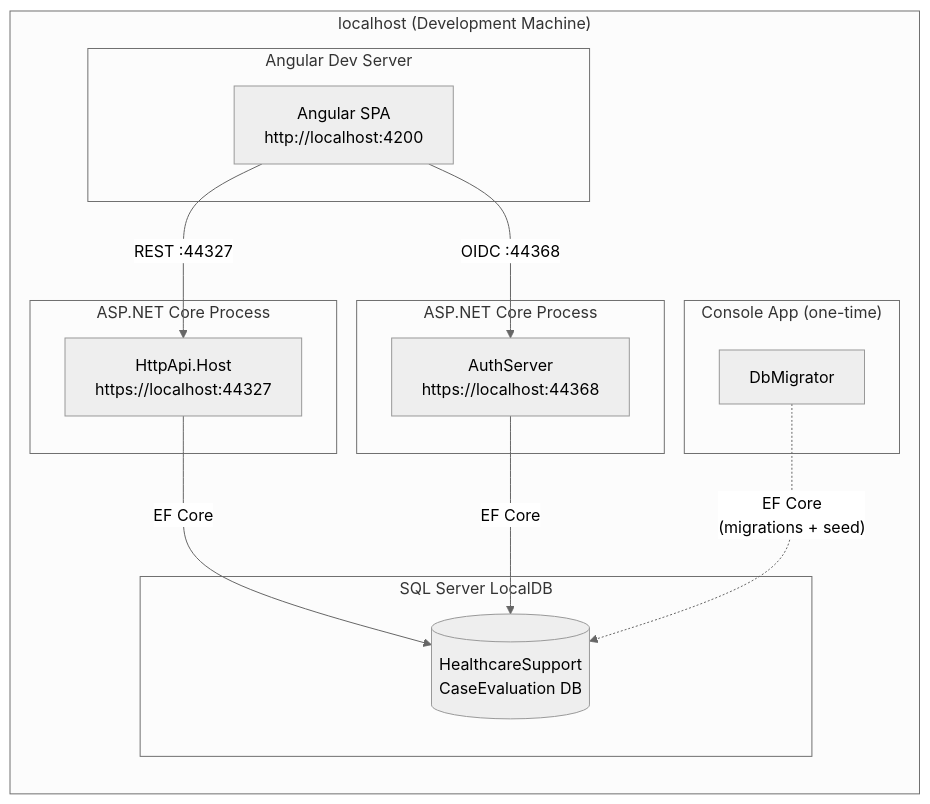
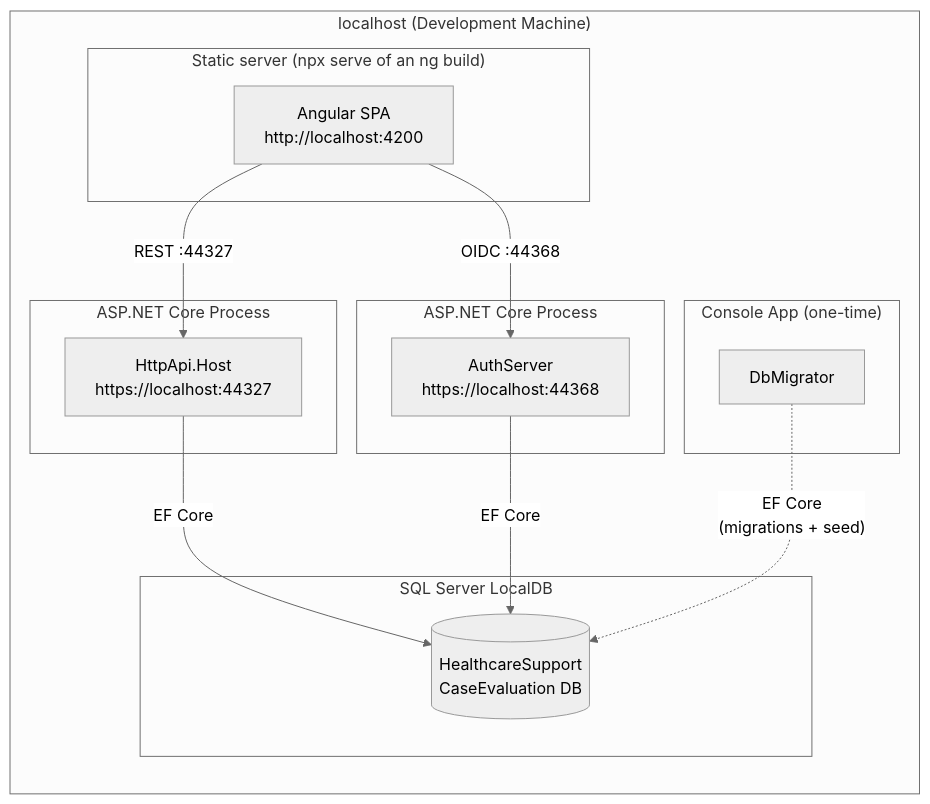
The second of 3 diagrams in docs/architecture/OVERVIEW.md (gesco-healthcare-support/hcs-patient-portal), drawn with Mermaid (neutral theme) before and after one commit. The commit also changed other lines of this file and 12 other files, not shown here.

````diff
--- a/docs/architecture/OVERVIEW.md
+++ b/docs/architecture/OVERVIEW.md
@@ -82,30 +82,30 @@
 ```mermaid
 flowchart LR
     subgraph localhost["localhost (Development Machine)"]
-        subgraph angular_proc["Angular Dev Server"]
+        subgraph angular_proc["Static server (npx serve of an ng build)"]
             Angular["Angular SPA\nhttp://localhost:4200"]
         end
 
         subgraph api_proc["ASP.NET Core Process"]
             API["HttpApi.Host\nhttps://localhost:44327"]
         end
 
         subgraph auth_proc["ASP.NET Core Process"]
             Auth["AuthServer\nhttps://localhost:44368"]
         end
 
         subgraph db_proc["SQL Server LocalDB"]
             DB[("HealthcareSupport\nCaseEvaluation DB")]
         end
 
         subgraph migrator_proc["Console App (one-time)"]
             Migrator["DbMigrator"]
         end
     end
 
     Angular -- "REST :44327" --> API
     Angular -- "OIDC :44368" --> Auth
     API -- "EF Core" --> DB
     Auth -- "EF Core" --> DB
     Migrator -. "EF Core\n(migrations + seed)" .-> DB
 ```
````
